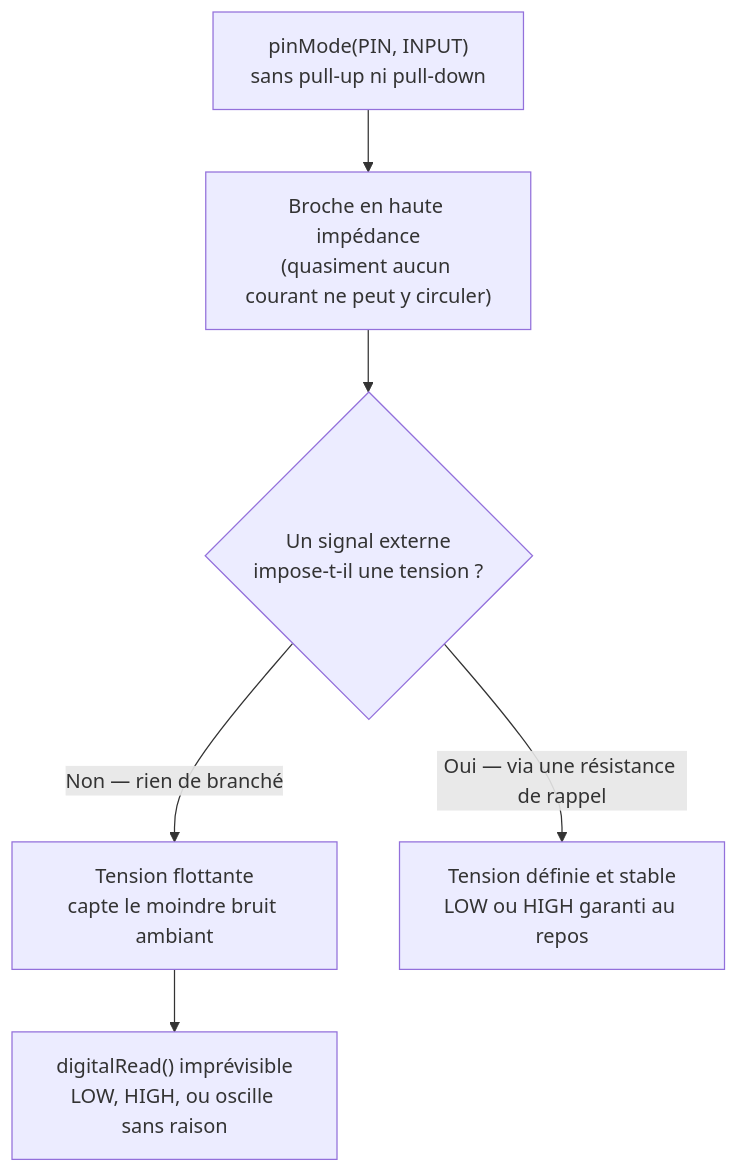
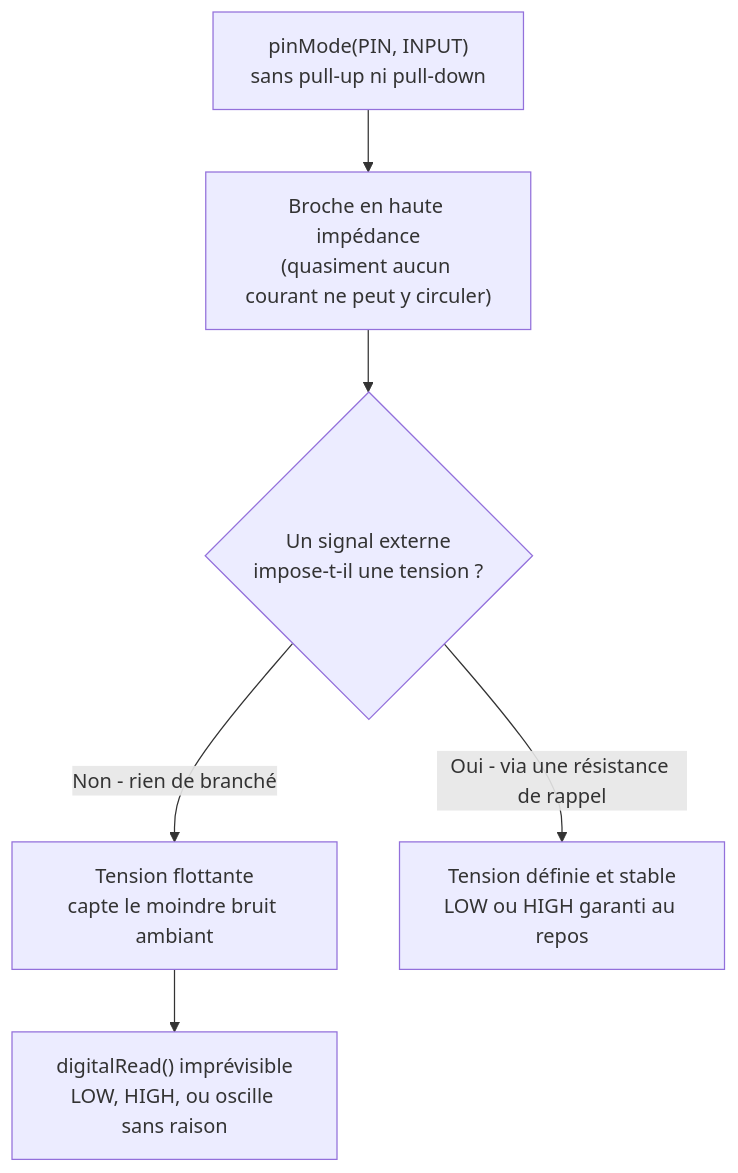
Before and after one commit to Makerspace-Amiens/makerspace-doc: the first of 3 diagrams in _workshops/microcontroleur/concepts/gpio-monde-numerique.md, drawn with Mermaid. The commit also changed other lines of this file and 10 other files, not shown here.

````diff
--- a/_workshops/microcontroleur/concepts/gpio-monde-numerique.md
+++ b/_workshops/microcontroleur/concepts/gpio-monde-numerique.md
@@ -108,8 +108,8 @@
 ```mermaid
 flowchart TD
   A["pinMode(PIN, INPUT)\nsans pull-up ni pull-down"] --> B["Broche en haute impédance\n(quasiment aucun courant ne peut y circuler)"]
   B --> C{"Un signal externe\nimpose-t-il une tension ?"}
-  C -->|"Non — rien de branché"| D["Tension flottante\ncapte le moindre bruit ambiant"]
+  C -->|"Non - rien de branché"| D["Tension flottante\ncapte le moindre bruit ambiant"]
   D --> E["digitalRead() imprévisible\nLOW, HIGH, ou oscille sans raison"]
-  C -->|"Oui — via une résistance de rappel"| F["Tension définie et stable\nLOW ou HIGH garanti au repos"]
+  C -->|"Oui - via une résistance de rappel"| F["Tension définie et stable\nLOW ou HIGH garanti au repos"]
 ```
````
